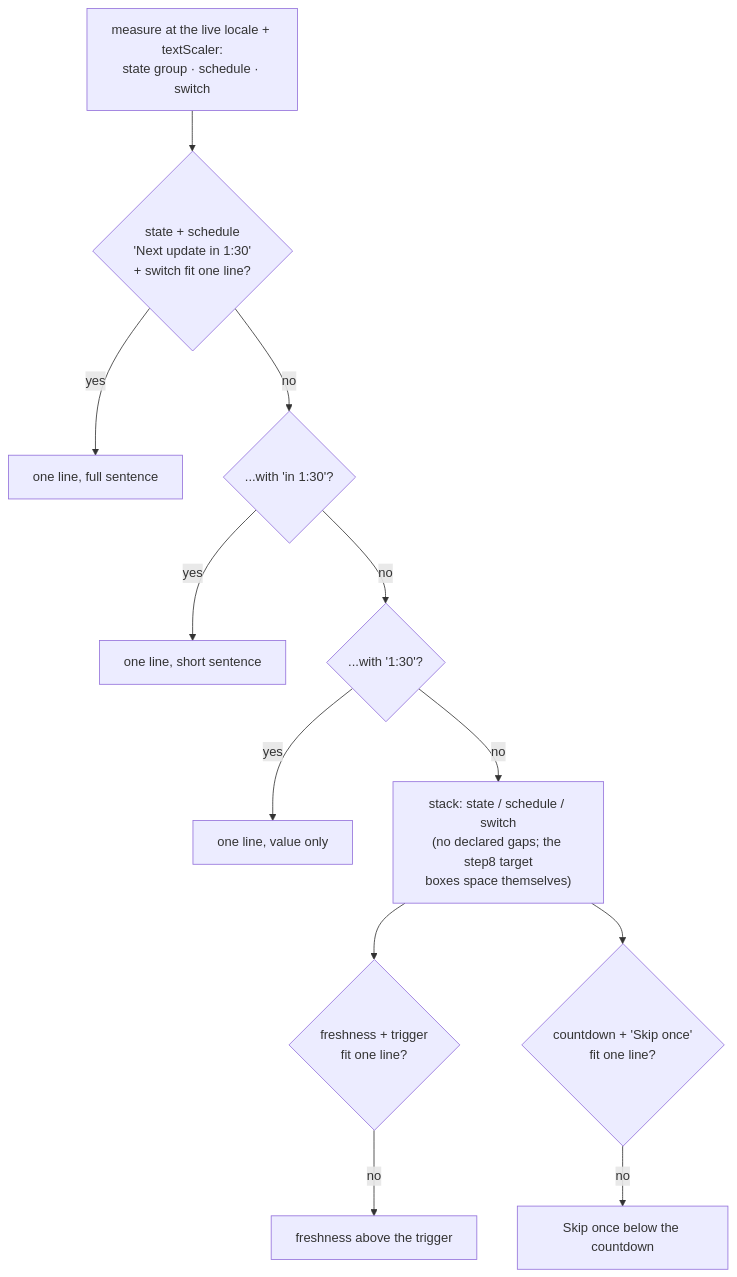
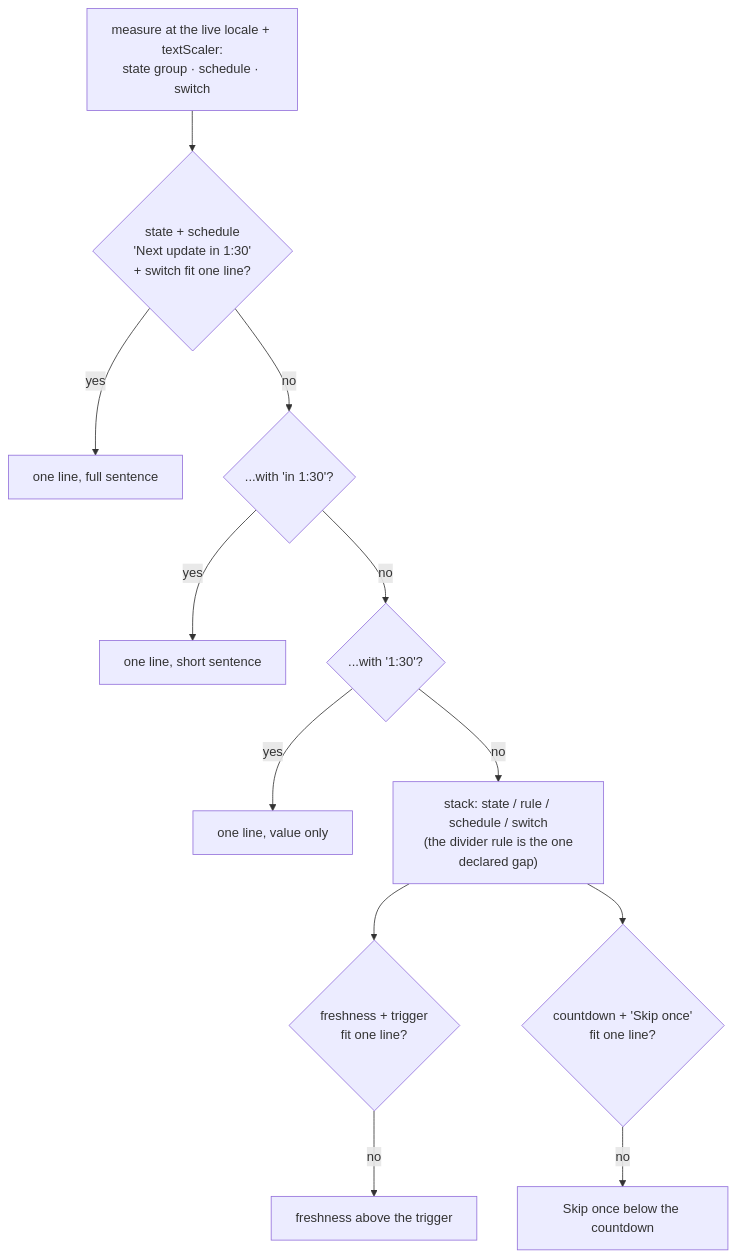
One commit to matthiasn/lotti changed the second of 7 diagrams in knowledge/features/agents/ui-surfaces.md. Above: the diagram before and after it, drawn with Mermaid. The commit also changed other lines of this file and 17 other files, not shown here.

````diff
--- a/knowledge/features/agents/ui-surfaces.md
+++ b/knowledge/features/agents/ui-surfaces.md
@@ -333,14 +345,14 @@
 ```mermaid
 flowchart TD
   M["measure at the live locale + textScaler:<br/>state group · schedule · switch"] --> T0{"state + schedule<br/>'Next update in 1:30'<br/>+ switch fit one line?"}
   T0 -->|yes| W0["one line, full sentence"]
   T0 -->|no| T1{"...with 'in 1:30'?"}
   T1 -->|yes| W1["one line, short sentence"]
   T1 -->|no| T2{"...with '1:30'?"}
   T2 -->|yes| W2["one line, value only"]
-  T2 -->|no| S["stack: state / schedule / switch<br/>(no declared gaps; the step8 target<br/>boxes space themselves)"]
+  T2 -->|no| S["stack: state / rule / schedule / switch<br/>(the divider rule is the one<br/>declared gap)"]
   S --> S1{"freshness + trigger<br/>fit one line?"}
   S1 -->|no| S2["freshness above the trigger"]
   S --> S3{"countdown + 'Skip once'<br/>fit one line?"}
   S3 -->|no| S4["Skip once below the countdown"]
 ```
````
